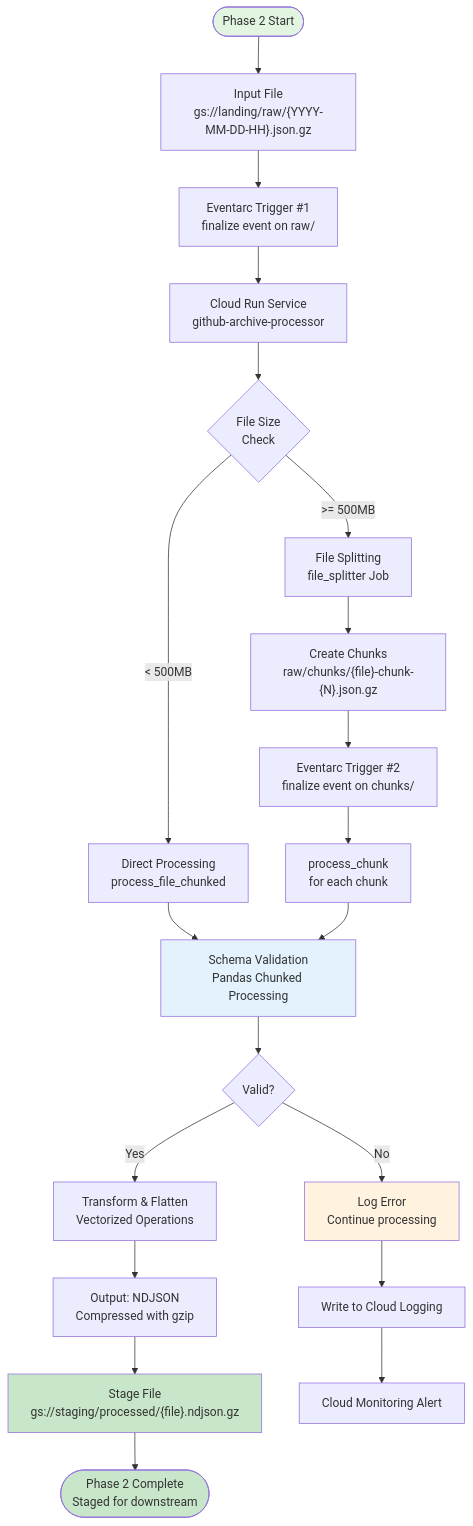
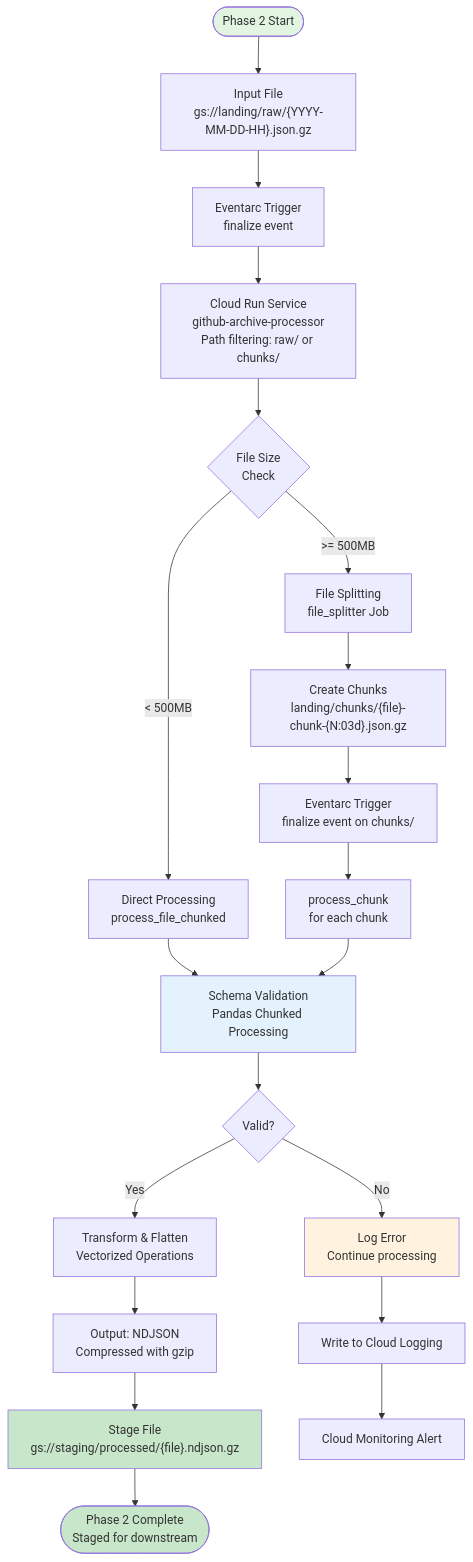
The diagram in design/github_archive/phase2_process_files/diagrams/01_main_flow.md (prateekpanjla-outlook/gcp_data_proc), drawn with Mermaid before and after one commit. The commit also changed other lines of this file and 52 other files, not shown here.

First line of the commit message:
feat: Phase 2 processor manual deployment and service account documentation

````diff
--- a/design/github_archive/phase2_process_files/diagrams/01_main_flow.md
+++ b/design/github_archive/phase2_process_files/diagrams/01_main_flow.md
@@ -3,38 +3,38 @@
 ```mermaid
 graph TD
     Start([Phase 2 Start]) --> Input["Input File<br>gs://landing/raw/{YYYY-MM-DD-HH}.json.gz"]
 
-    Input --> EventArc[Eventarc Trigger #1<br>finalize event on raw/]
+    Input --> EventArc[Eventarc Trigger<br>finalize event]
 
-    EventArc --> CR[Cloud Run Service<br>github-archive-processor]
+    EventArc --> CR[Cloud Run Service<br>github-archive-processor<br>Path filtering: raw/ or chunks/]
 
     CR --> SizeCheck{File Size<br>Check}
 
     SizeCheck -->|< 500MB| Direct[Direct Processing<br>process_file_chunked]
     SizeCheck -->|>= 500MB| Split[File Splitting<br>file_splitter Job]
 
-    Split --> Chunks["Create Chunks<br>raw/chunks/{file}-chunk-{N}.json.gz"]
-    Chunks --> ChunkEvents[Eventarc Trigger #2<br>finalize event on chunks/]
+    Split --> Chunks["Create Chunks<br>landing/chunks/{file}-chunk-{N:03d}.json.gz"]
+    Chunks --> ChunkEvents[Eventarc Trigger<br>finalize event on chunks/]
     ChunkEvents --> ChunkProcess[process_chunk<br>for each chunk]
 
     Direct --> Validate[Schema Validation<br>Pandas Chunked Processing]
     ChunkProcess --> Validate
 
     Validate --> Valid{Valid?}
     Valid -->|Yes| Transform[Transform & Flatten<br>Vectorized Operations]
     Valid -->|No| LogErr[Log Error<br>Continue processing]
 
     Transform --> Output[Output: NDJSON<br>Compressed with gzip]
     Output --> Stage["Stage File<br>gs://staging/processed/{file}.ndjson.gz"]
 
     Stage --> Success([Phase 2 Complete<br>Staged for downstream])
 
     LogErr --> LogWrite[Write to Cloud Logging]
     LogWrite --> Monitor[Cloud Monitoring Alert]
 
     style Start fill:#e1f5e1
     style Success fill:#c8e6c9
     style LogErr fill:#fff3e0
     style Validate fill:#e3f2fd
     style Stage fill:#c8e6c9
 ```
````
